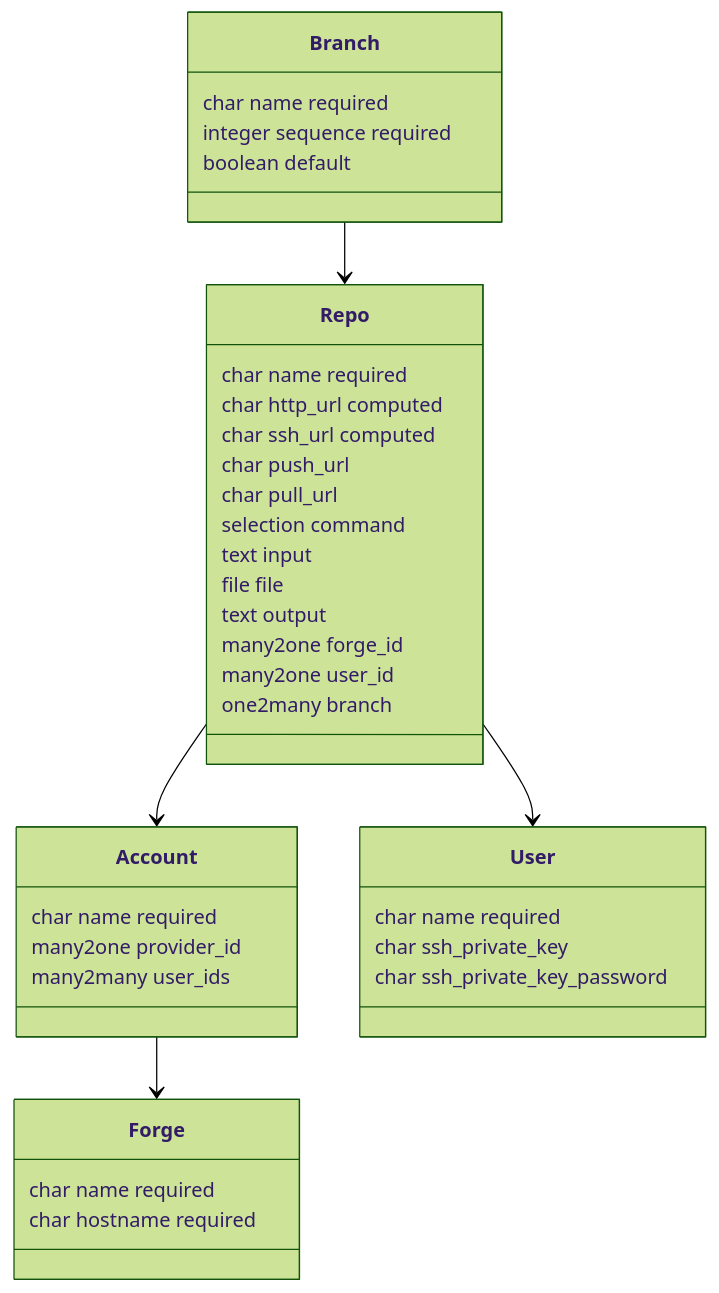
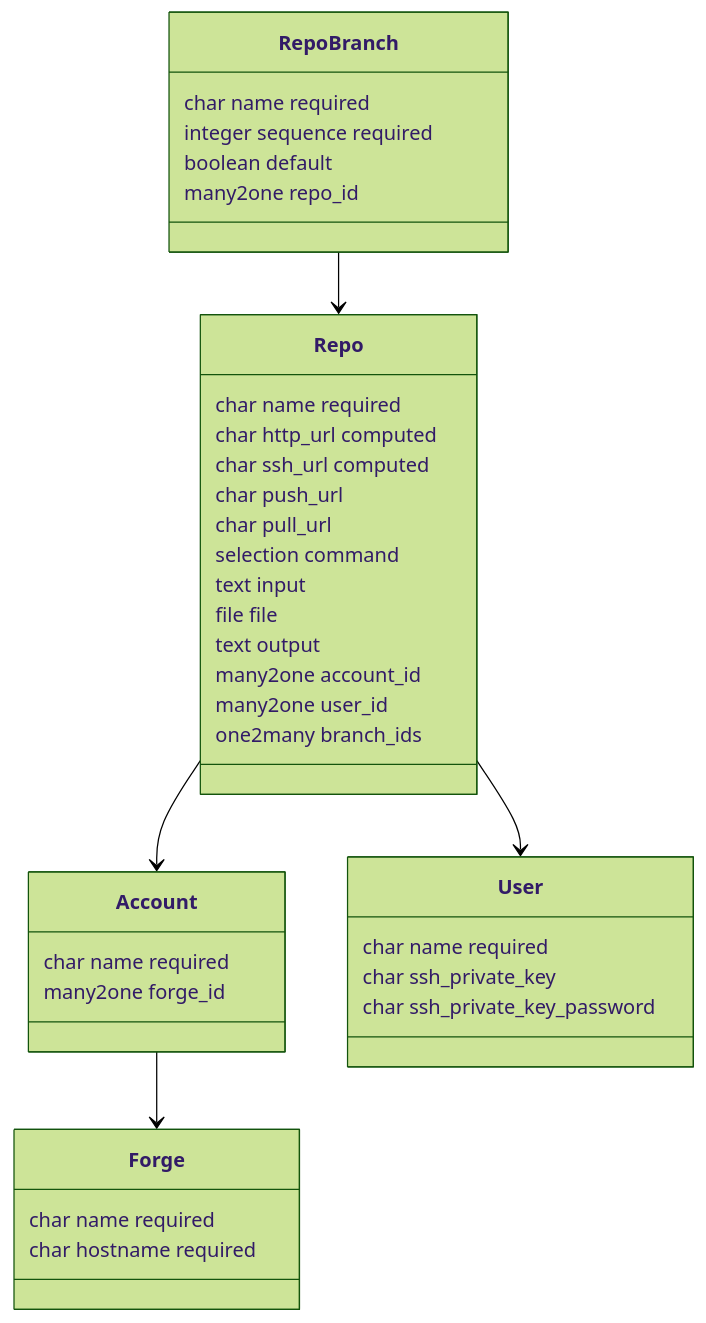
The diagram in Specification Git Kubernetes.md (Mint-System/Wiki), drawn with Mermaid (forest theme) before and after one commit.

Commit message:
vault backup: 2024-11-22 00:26:29

````diff
--- a/Specification Git Kubernetes.md
+++ b/Specification Git Kubernetes.md
@@ -21,48 +21,49 @@
 ```mermaid
 classDiagram
 	Account --> Forge
 	Repo --> Account
-	Branch --> Repo
+	RepoBranch --> Repo
 	Repo --> User
 	
     class User {
 		char name required
 		char ssh_private_key
 		char ssh_private_key_password
     }
 
 	class Account {
 		char name required
 		
-		many2one provider_id
-		many2many user_ids
+		many2one forge_id
 	}
 	
 	class Forge {
 		char name required
 		char hostname required
 	}
 
     class Repo{
 		char name required
 		char http_url computed
 		char ssh_url computed
 		char push_url
 		char pull_url
 		
 		selection command
 		text input
 		file file
 		text output
 		
-		many2one forge_id
+		many2one account_id
 		many2one user_id
-		one2many branch
+		one2many branch_ids
     }
 
-    class Branch{
+    class RepoBranch{
 		char name required
 		integer sequence required
 		boolean default
+
+		many2one repo_id
     }
 ```
````
